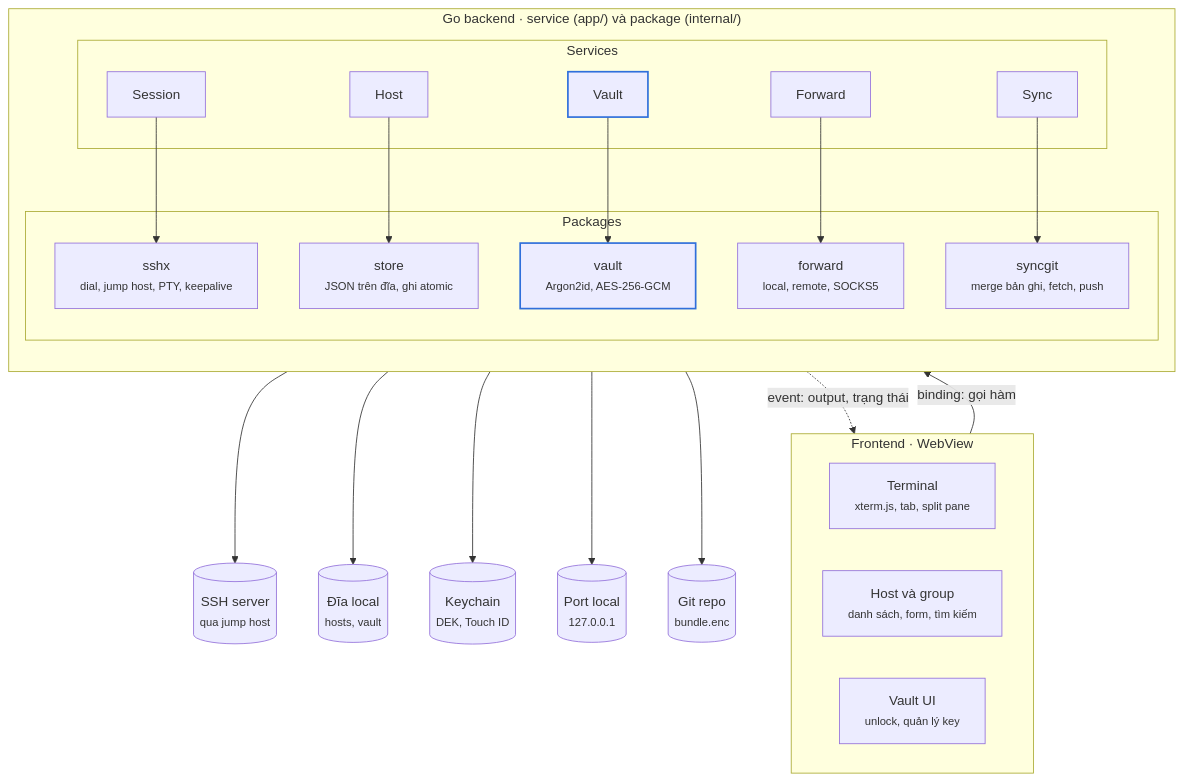
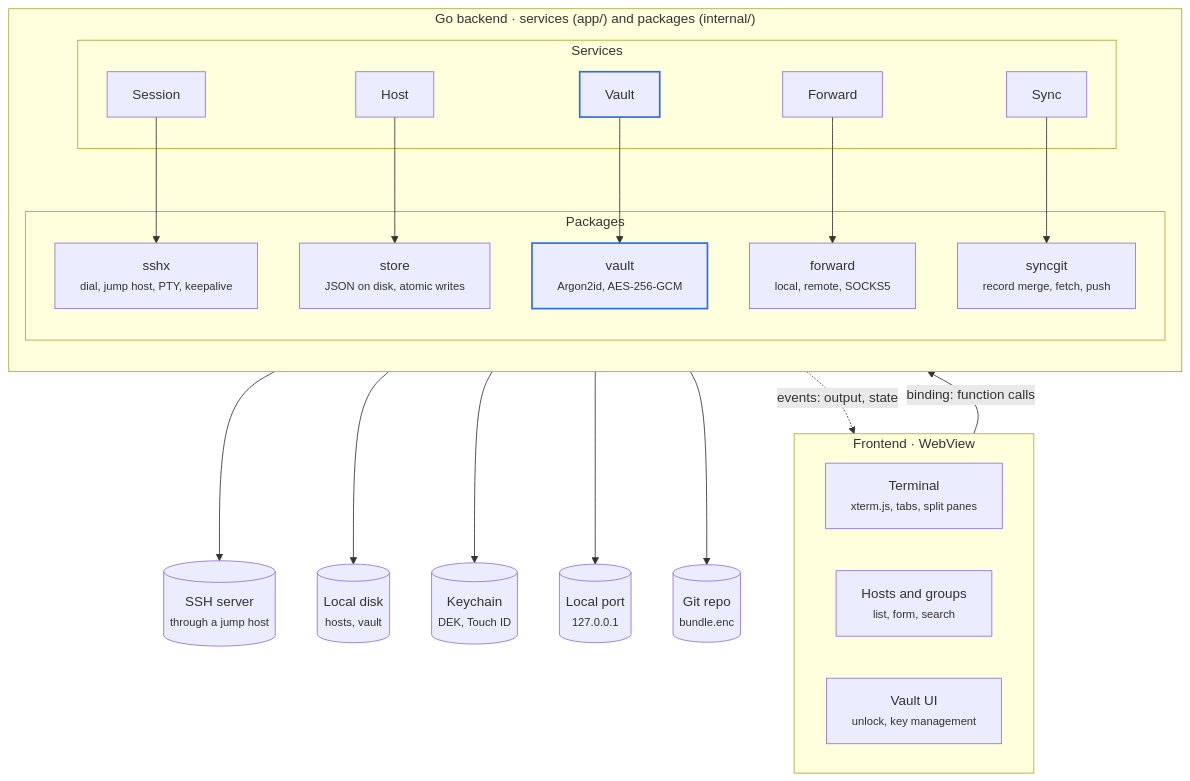
Before and after one commit to vunguyenvu35/vvterm: the first of 3 diagrams in docs/Architecture.md, drawn with Mermaid. The commit also changed other lines of this file, not shown here.

Commit message:
docs: translate the architecture design document into English

````diff
--- a/docs/Architecture.md
+++ b/docs/Architecture.md
@@ -73,48 +73,48 @@
 ```mermaid
 flowchart TB
     subgraph FE["Frontend · WebView"]
-        T["Terminal<br/><small>xterm.js, tab, split pane</small>"]
-        H["Host và group<br/><small>danh sách, form, tìm kiếm</small>"]
-        V["Vault UI<br/><small>unlock, quản lý key</small>"]
+        T["Terminal<br/><small>xterm.js, tabs, split panes</small>"]
+        H["Hosts and groups<br/><small>list, form, search</small>"]
+        V["Vault UI<br/><small>unlock, key management</small>"]
     end
 
-    subgraph BE["Go backend · service (app/) và package (internal/)"]
+    subgraph BE["Go backend · services (app/) and packages (internal/)"]
         direction TB
         subgraph SV["Services"]
             S1[Session]
             S2[Host]
             S3[Vault]:::secret
             S4[Forward]
             S5[Sync]
         end
         subgraph PK["Packages"]
             P1["sshx<br/><small>dial, jump host, PTY, keepalive</small>"]
-            P2["store<br/><small>JSON trên đĩa, ghi atomic</small>"]
+            P2["store<br/><small>JSON on disk, atomic writes</small>"]
             P3["vault<br/><small>Argon2id, AES-256-GCM</small>"]:::secret
             P4["forward<br/><small>local, remote, SOCKS5</small>"]
-            P5["syncgit<br/><small>merge bản ghi, fetch, push</small>"]
+            P5["syncgit<br/><small>record merge, fetch, push</small>"]
         end
         S1 --> P1
         S2 --> P2
         S3 --> P3
         S4 --> P4
         S5 --> P5
     end
 
-    E1[("SSH server<br/><small>qua jump host</small>")]
-    E2[("Đĩa local<br/><small>hosts, vault</small>")]
+    E1[("SSH server<br/><small>through a jump host</small>")]
+    E2[("Local disk<br/><small>hosts, vault</small>")]
     E3[("Keychain<br/><small>DEK, Touch ID</small>")]
-    E4[("Port local<br/><small>127.0.0.1</small>")]
+    E4[("Local port<br/><small>127.0.0.1</small>")]
     E5[("Git repo<br/><small>bundle.enc</small>")]
 
-    FE -- "binding: gọi hàm" --> BE
-    BE -. "event: output, trạng thái" .-> FE
+    FE -- "binding: function calls" --> BE
+    BE -. "events: output, state" .-> FE
 
     P1 --> E1
     P2 --> E2
     P3 --> E3
     P4 --> E4
     P5 --> E5
 
     classDef secret stroke:#2f6fdb,stroke-width:2px;
 ```
````
